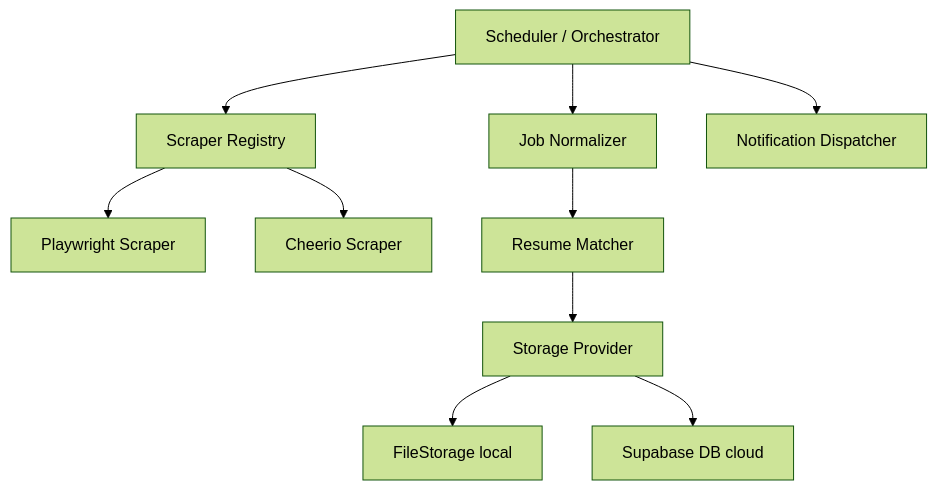
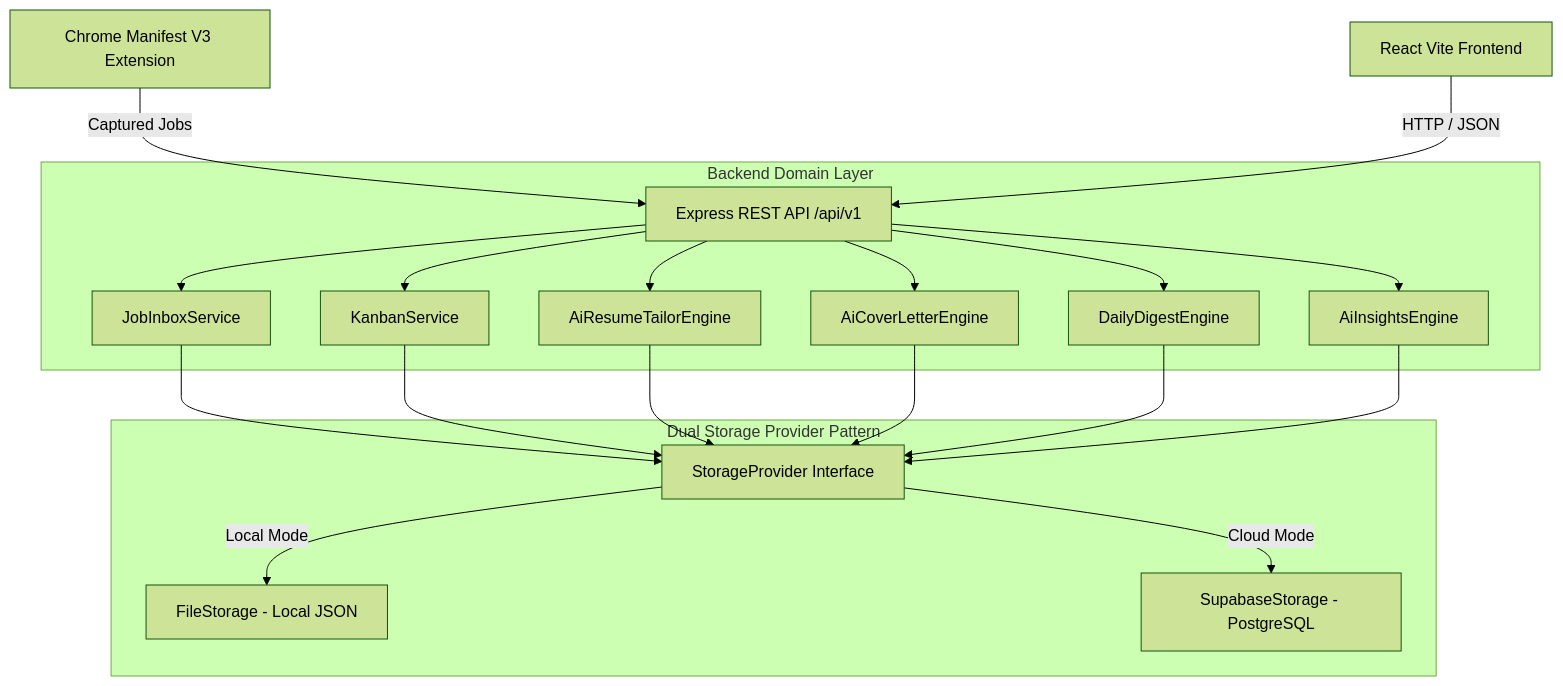
Before and after one commit to Varun2045/job-platform: the diagram in README.md, drawn with Mermaid (forest theme). The commit also changed other lines of this file and 87 other files, not shown here.

````diff
--- a/README.md
+++ b/README.md
@@ -45,12 +45,20 @@
 ```mermaid
-graph TD
-    A[Scheduler / Orchestrator] --> B[Scraper Registry]
-    B --> C[Playwright Scraper]
-    B --> D[Cheerio Scraper]
-    A --> E[Job Normalizer]
-    E --> F[Resume Matcher]
-    F --> G[Storage Provider]
-    G --> H[FileStorage local]
-    G --> I[Supabase DB cloud]
-    A --> J[Notification Dispatcher]
+flowchart TD
+    Ext[Chrome Manifest V3 Extension] -->|Captured Jobs| API[Express REST API /api/v1]
+    Client[React Vite Frontend] -->|HTTP / JSON| API
+
+    subgraph CoreEngine [Backend Domain Layer]
+        API --> Inbox[JobInboxService]
+        API --> Kanban[KanbanService]
+        API --> Tailor[AiResumeTailorEngine]
+        API --> Cover[AiCoverLetterEngine]
+        API --> Digest[DailyDigestEngine]
+        API --> Insights[AiInsightsEngine]
+    end
+
+    subgraph StorageLayer [Dual Storage Provider Pattern]
+        Inbox & Kanban & Tailor & Cover & Digest & Insights --> Storage[StorageProvider Interface]
+        Storage -->|Local Mode| FileStorage[FileStorage - Local JSON]
+        Storage -->|Cloud Mode| Supabase[SupabaseStorage - PostgreSQL]
+    end
 ```
````
